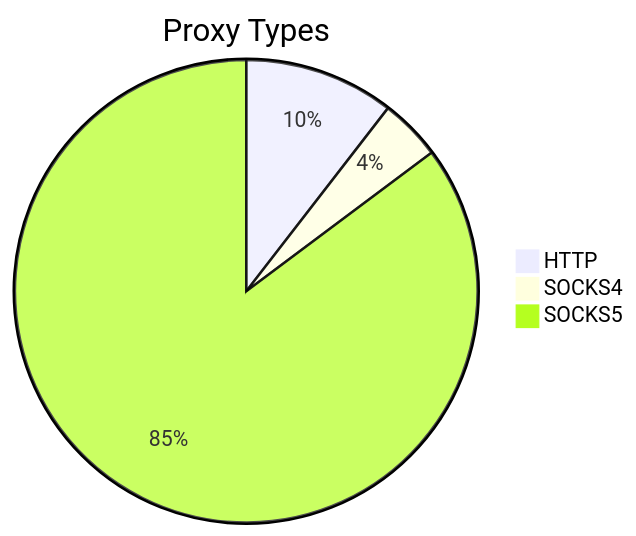
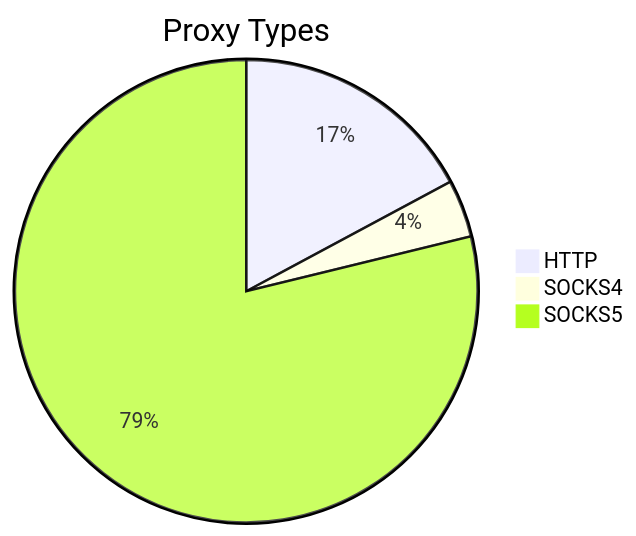
One commit to stormsia/proxy-list changed the first of 2 diagrams in README.md. Above: the diagram before and after it, drawn with Mermaid. The commit also changed other lines of this file, not shown here.

````diff
--- a/README.md
+++ b/README.md
@@ -21,6 +21,6 @@
 ```mermaid
 pie title Proxy Types
-    "HTTP" : 200
-    "SOCKS4" : 82
-    "SOCKS5" : 1626
+    "HTTP" : 252
+    "SOCKS4" : 59
+    "SOCKS5" : 1157
 ```
````
